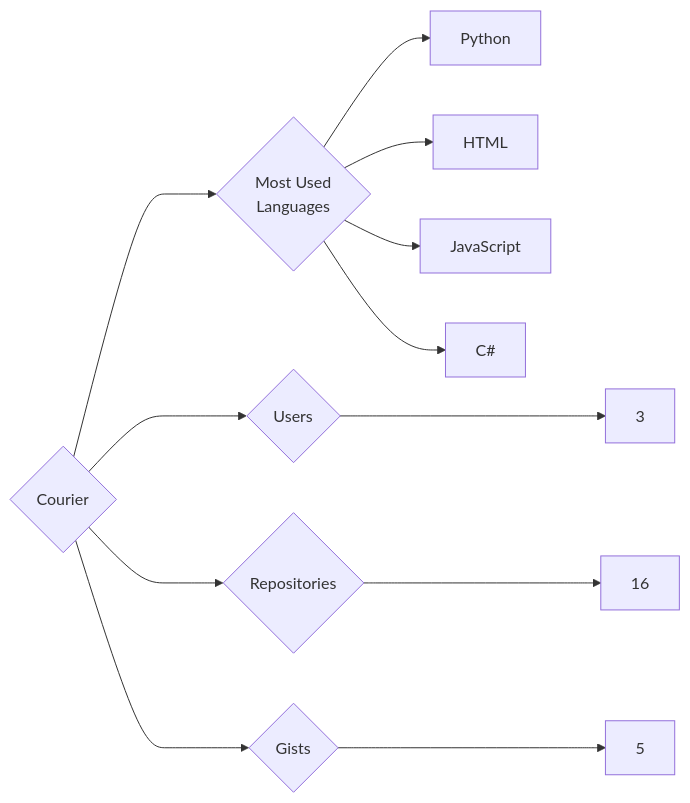
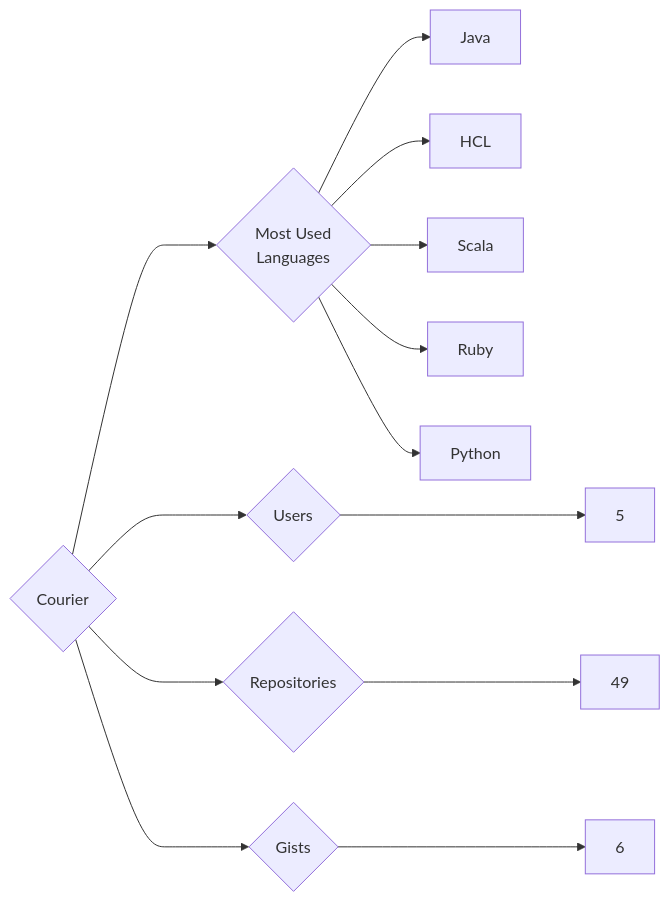
One commit to trickest/insiders changed the diagram in targets/Courier/README.md. Above: the diagram before and after it, drawn with Mermaid. The commit also changed 783 other files, not shown here.

````diff
--- a/targets/Courier/README.md
+++ b/targets/Courier/README.md
@@ -3,12 +3,13 @@
 ```mermaid
 graph LR
 COMPANY_NAME{Courier}
-COMPANY_NAME ---> U{Users} ---> UN[3]
-COMPANY_NAME ---> R{Repositories} ---> RN[16]
-COMPANY_NAME ---> G{Gists} ---> GN[5]
+COMPANY_NAME ---> U{Users} ---> UN[5]
+COMPANY_NAME ---> R{Repositories} ---> RN[49]
+COMPANY_NAME ---> G{Gists} ---> GN[6]
 COMPANY_NAME ---> ML{Most Used<br>Languages}
+ML --> Java[Java]
+ML --> HCL[HCL]
+ML --> Scala[Scala]
+ML --> Ruby[Ruby]
 ML --> Python[Python]
-ML --> HTML[HTML]
-ML --> JavaScript[JavaScript]
-ML --> C#[C#]
 ```
````
